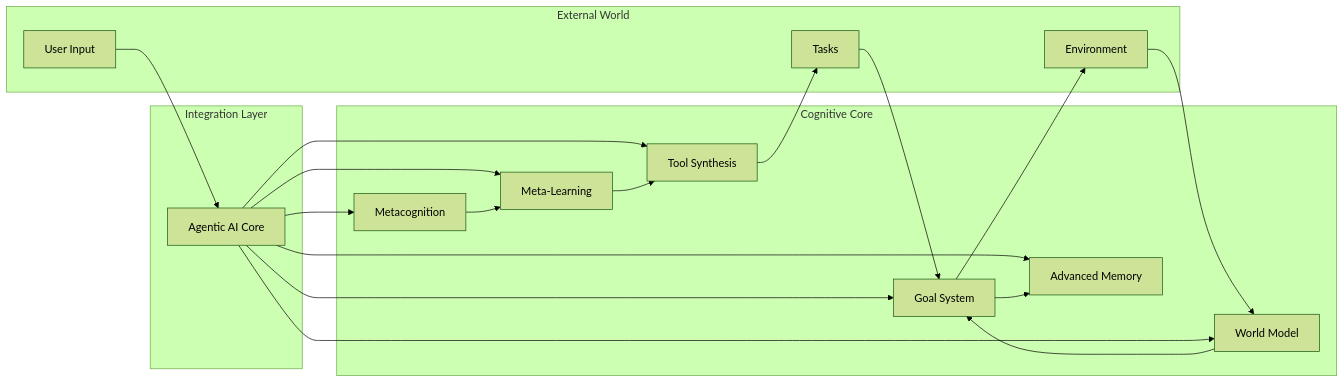
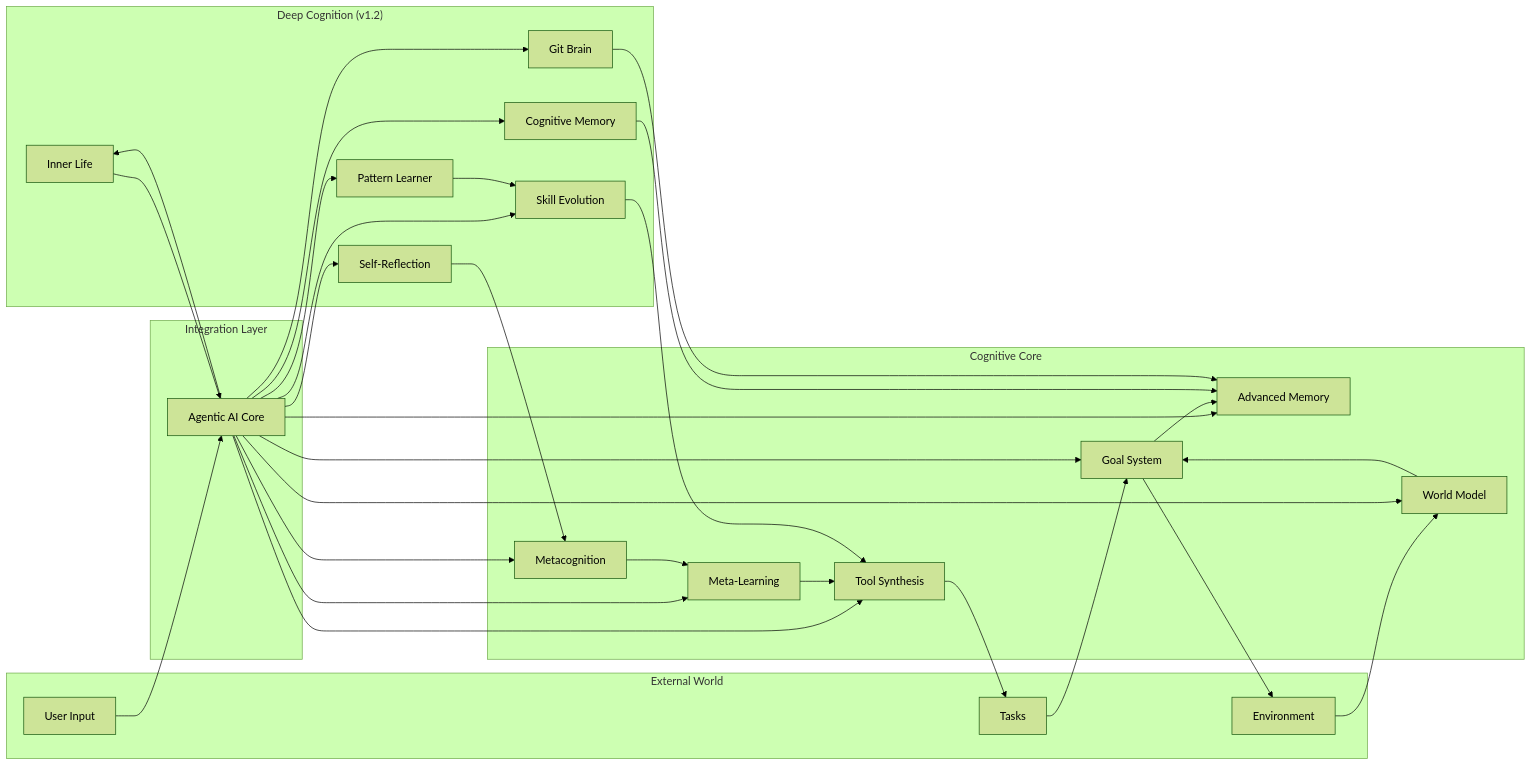
Before and after one commit to bistuwangqiyuan/Open-Sable: the third of 20 diagrams in README.md, drawn with Mermaid (forest theme). The commit also changed other lines of this file and 1 other file, not shown here.

First line of the commit message:
docs: update README for v1.2.0 — document 7 deep cognition modules

````diff
--- a/README.md
+++ b/README.md
@@ -635,40 +649,62 @@
 ```mermaid
 graph LR
     subgraph "Cognitive Core"
         G[Goal System]
         M[Advanced Memory]
         ML[Meta-Learning]
         T[Tool Synthesis]
         W[World Model]
         MC[Metacognition]
+    end
+
+    subgraph "Deep Cognition (v1.2)"
+        CM[Cognitive Memory]
+        SR[Self-Reflection]
+        SE[Skill Evolution]
+        GB[Git Brain]
+        IL[Inner Life]
+        PL[Pattern Learner]
     end
     
     subgraph "Integration Layer"
         AGENT[Agentic AI Core]
     end
     
     subgraph "External World"
         USER[User Input]
         ENV[Environment]
         TASKS[Tasks]
     end
     
     USER --> AGENT
     ENV --> W
     TASKS --> G
     
     AGENT --> G
     AGENT --> M
     AGENT --> ML
     AGENT --> T
     AGENT --> W
     AGENT --> MC
+
+    AGENT --> CM
+    AGENT --> SR
+    AGENT --> SE
+    AGENT --> GB
+    AGENT --> IL
+    AGENT --> PL
     
     G --> M
     ML --> T
     W --> G
     MC --> ML
+    CM --> M
+    SR --> MC
+    SE --> T
+    PL --> SE
+    IL --> AGENT
+    GB --> M
     
     T --> TASKS
     G --> ENV
 ```
````
